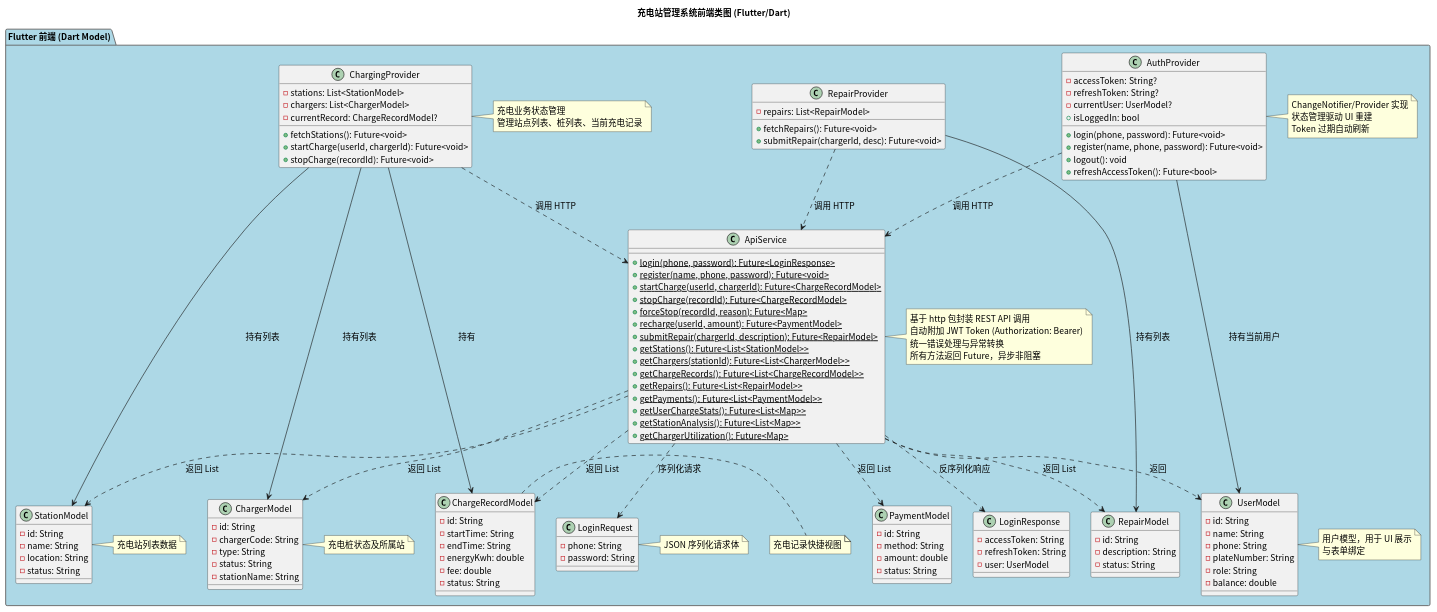
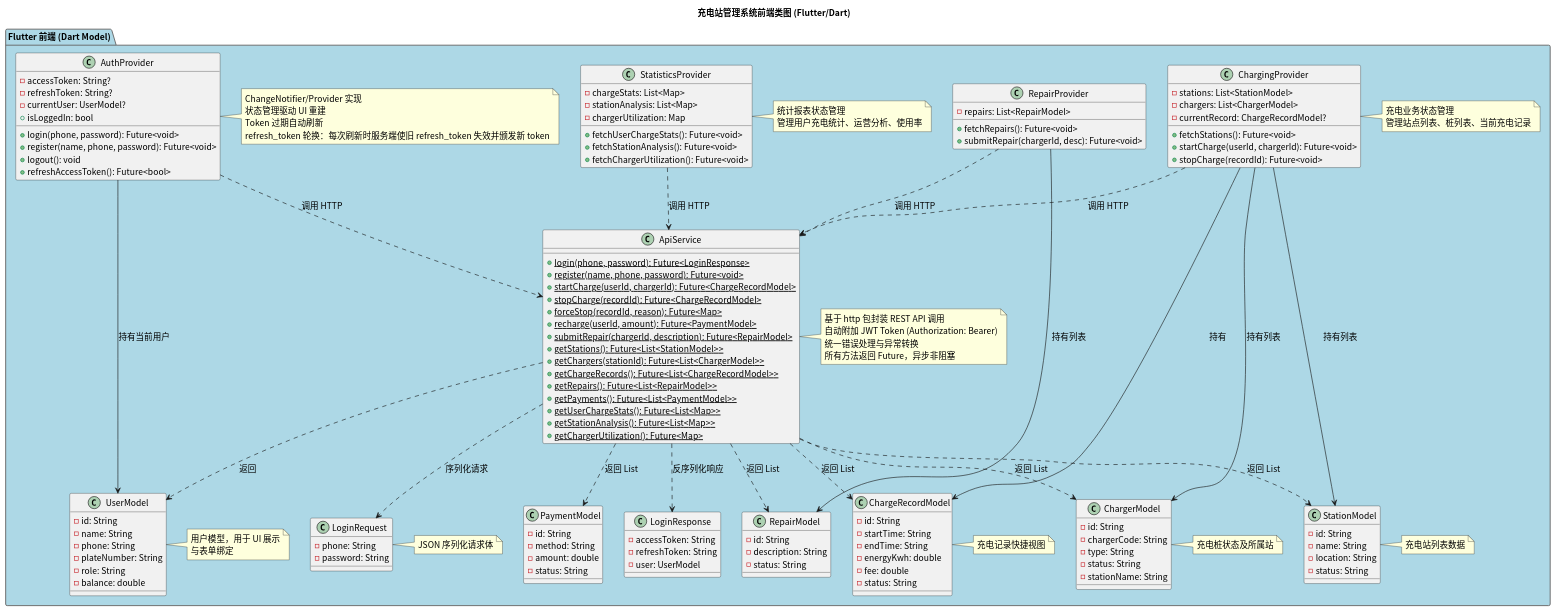
The diagram in class/src/frontend_class_diagram.puml (greenhandzdl/charging-station-doc), drawn with PlantUML before and after one commit. The commit also changed 16 other files, not shown here.

First line of the commit message:
fix: 架构与安全审计修复 — API 文档补全、类图扩展、安全增强

```diff
--- a/class/src/frontend_class_diagram.puml
+++ b/class/src/frontend_class_diagram.puml
@@ -1,141 +1,152 @@
 @startuml
 skinparam defaultFontName "Noto Sans CJK SC"
 skinparam defaultFontSize 14
 title 充电站管理系统前端类图 (Flutter/Dart)
 skinparam package {
   BackgroundColor #F0F0F0
   BorderColor #666666
 }
 
 package "Flutter 前端 (Dart Model)" as FE #ADD8E6 {
 
   class "UserModel" as FUser {
     - id: String
     - name: String
     - phone: String
     - plateNumber: String
     - role: String
     - balance: double
   }
   note right of FUser : 用户模型，用于 UI 展示\n与表单绑定
 
   class "StationModel" as FStation {
     - id: String
     - name: String
     - location: String
     - status: String
   }
   note right of FStation : 充电站列表数据
 
   class "ChargerModel" as FCharger {
     - id: String
     - chargerCode: String
     - type: String
     - status: String
     - stationName: String
   }
   note right of FCharger : 充电桩状态及所属站
 
   class "ChargeRecordModel" as FCRecord {
     - id: String
     - startTime: String
     - endTime: String
     - energyKwh: double
     - fee: double
     - status: String
   }
   note right of FCRecord : 充电记录快捷视图
 
   class "PaymentModel" as FPayment {
     - id: String
     - method: String
     - amount: double
     - status: String
   }
 
   class "RepairModel" as FRepair {
     - id: String
     - description: String
     - status: String
   }
 
   class "LoginRequest" as LoginReq {
     - phone: String
     - password: String
   }
   note right of LoginReq : JSON 序列化请求体
 
   class "LoginResponse" as LoginResp {
     - accessToken: String
     - refreshToken: String
     - user: UserModel
   }
 
   class "ApiService" as Api {
     + {static} login(phone, password): Future<LoginResponse>
     + {static} register(name, phone, password): Future<void>
     + {static} startCharge(userId, chargerId): Future<ChargeRecordModel>
     + {static} stopCharge(recordId): Future<ChargeRecordModel>
     + {static} forceStop(recordId, reason): Future<Map>
     + {static} recharge(userId, amount): Future<PaymentModel>
     + {static} submitRepair(chargerId, description): Future<RepairModel>
     + {static} getStations(): Future<List<StationModel>>
     + {static} getChargers(stationId): Future<List<ChargerModel>>
     + {static} getChargeRecords(): Future<List<ChargeRecordModel>>
     + {static} getRepairs(): Future<List<RepairModel>>
     + {static} getPayments(): Future<List<PaymentModel>>
     + {static} getUserChargeStats(): Future<List<Map>>
     + {static} getStationAnalysis(): Future<List<Map>>
     + {static} getChargerUtilization(): Future<Map>
   }
   note right of Api : 基于 http 包封装 REST API 调用\n自动附加 JWT Token (Authorization: Bearer)\n统一错误处理与异常转换\n所有方法返回 Future，异步非阻塞
 
   class "AuthProvider" as Auth {
     - accessToken: String?
     - refreshToken: String?
     - currentUser: UserModel?
     + login(phone, password): Future<void>
     + register(name, phone, password): Future<void>
     + logout(): void
     + refreshAccessToken(): Future<bool>
     + isLoggedIn: bool
   }
-  note right of Auth : ChangeNotifier/Provider 实现\n状态管理驱动 UI 重建\nToken 过期自动刷新
+  note right of Auth : ChangeNotifier/Provider 实现\n状态管理驱动 UI 重建\nToken 过期自动刷新\nrefresh_token 轮换：每次刷新时服务端使旧 refresh_token 失效并颁发新 token
 
   class "ChargingProvider" as CP {
     - stations: List<StationModel>
     - chargers: List<ChargerModel>
     - currentRecord: ChargeRecordModel?
     + fetchStations(): Future<void>
     + startCharge(userId, chargerId): Future<void>
     + stopCharge(recordId): Future<void>
   }
   note right of CP : 充电业务状态管理\n管理站点列表、桩列表、当前充电记录
 
   class "RepairProvider" as RP {
     - repairs: List<RepairModel>
     + fetchRepairs(): Future<void>
     + submitRepair(chargerId, desc): Future<void>
   }
+
+  class "StatisticsProvider" as StatsP {
+    - chargeStats: List<Map>
+    - stationAnalysis: List<Map>
+    - chargerUtilization: Map
+    + fetchUserChargeStats(): Future<void>
+    + fetchStationAnalysis(): Future<void>
+    + fetchChargerUtilization(): Future<void>
+  }
+  note right of StatsP : 统计报表状态管理\n管理用户充电统计、运营分析、使用率
 }
 
 ' ===== 关联关系 =====
 Api ..> LoginReq : 序列化请求
 Api ..> LoginResp : 反序列化响应
 Api ..> FStation : 返回 List
 Api ..> FCharger : 返回 List
 Api ..> FUser : 返回
 Api ..> FCRecord : 返回 List
 Api ..> FPayment : 返回 List
 Api ..> FRepair : 返回 List
 
 Auth --> FUser : 持有当前用户
 Auth ..> Api : 调用 HTTP
 CP ..> Api : 调用 HTTP
 CP --> FStation : 持有列表
 CP --> FCharger : 持有列表
 CP --> FCRecord : 持有
 RP ..> Api : 调用 HTTP
 RP --> FRepair : 持有列表
+StatsP ..> Api : 调用 HTTP
 
 @enduml
```
